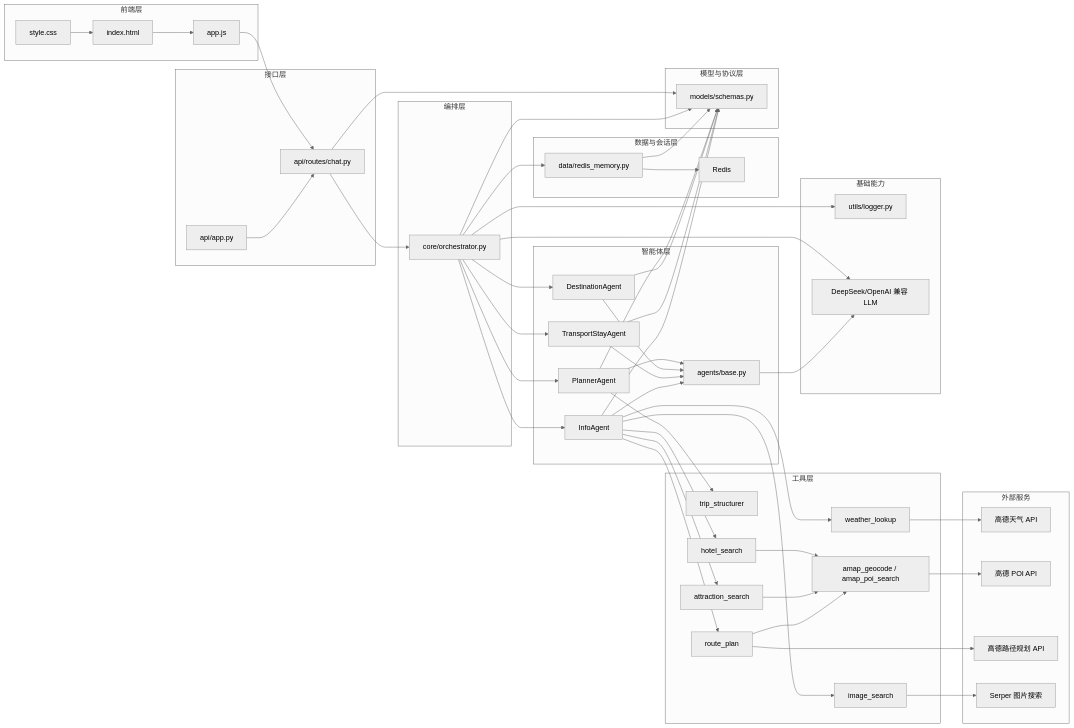
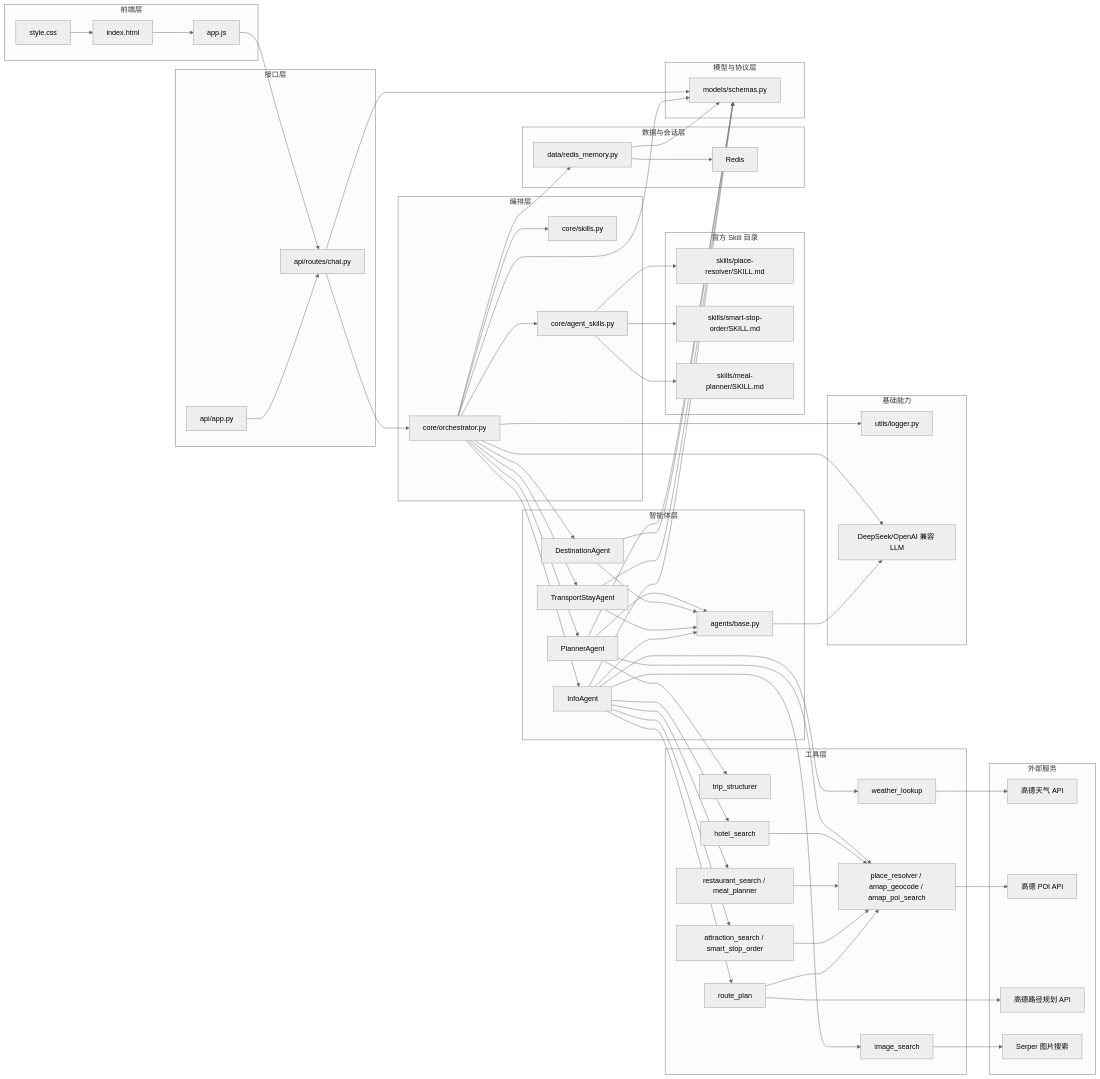
Before and after one commit to li1608335419-cmyk/travel-assistant: the third of 4 diagrams in README.md, drawn with Mermaid (neutral theme). The commit also changed other lines of this file, not shown here.

````diff
--- a/README.md
+++ b/README.md
@@ -572,6 +602,8 @@
 
     subgraph Core["编排层"]
         C1["core/orchestrator.py"]
+        C2["core/skills.py"]
+        C3["core/agent_skills.py"]
     end
 
     subgraph Agents["智能体层"]
@@ -586,10 +618,17 @@
         T1["trip_structurer"]
         T2["weather_lookup"]
         T3["hotel_search"]
-        T4["attraction_search"]
-        T5["image_search"]
-        T6["route_plan"]
-        T7["amap_geocode / amap_poi_search"]
+        T4["restaurant_search / meal_planner"]
+        T5["attraction_search / smart_stop_order"]
+        T6["image_search"]
+        T7["route_plan"]
+        T8["place_resolver / amap_geocode / amap_poi_search"]
+    end
+
+    subgraph Skills["官方 Skill 目录"]
+        S1["skills/place-resolver/SKILL.md"]
+        S2["skills/smart-stop-order/SKILL.md"]
+        S3["skills/meal-planner/SKILL.md"]
     end
 
     subgraph Data["数据与会话层"]
@@ -622,6 +661,8 @@
     API2 --> M1
 
     C1 --> D1
+    C1 --> C2
+    C1 --> C3
     D1 --> D2
 
     C1 --> A1
@@ -635,19 +676,22 @@
     A4 --> A0
 
     A1 --> T1
+    A1 --> T8
     A4 --> T2
     A4 --> T3
     A4 --> T4
     A4 --> T5
     A4 --> T6
-    T3 --> T7
-    T4 --> T7
-    T6 --> T7
+    A4 --> T7
+    T3 --> T8
+    T4 --> T8
+    T5 --> T8
+    T7 --> T8
 
     T2 --> E1
-    T7 --> E2
-    T6 --> E3
-    T5 --> E4
+    T8 --> E2
+    T7 --> E3
+    T6 --> E4
 
     C1 --> I1
     C1 --> I2
@@ -659,4 +703,7 @@
     A3 --> M1
     A4 --> M1
     D1 --> M1
+    C3 --> S1
+    C3 --> S2
+    C3 --> S3
 ```
````
